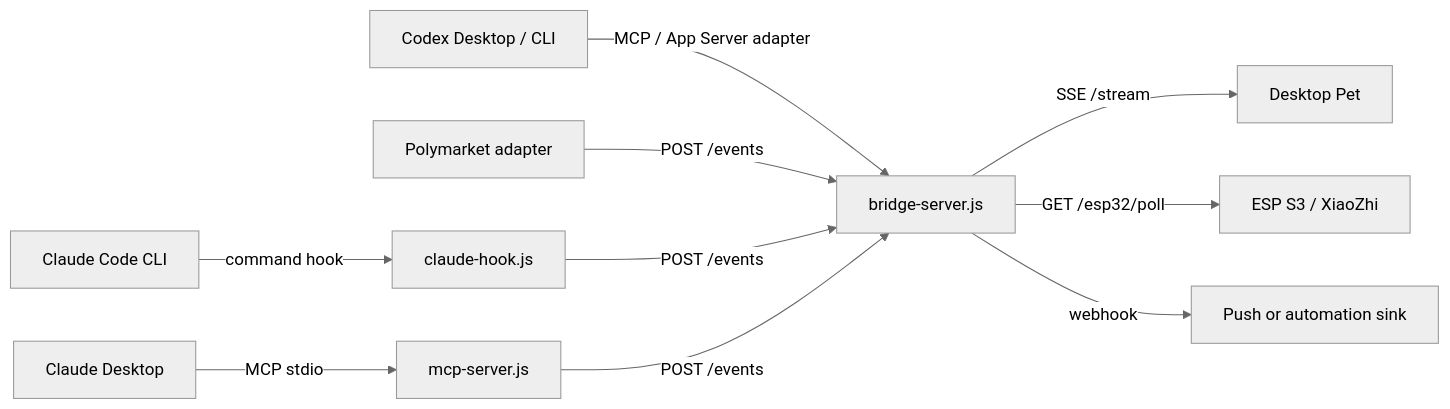
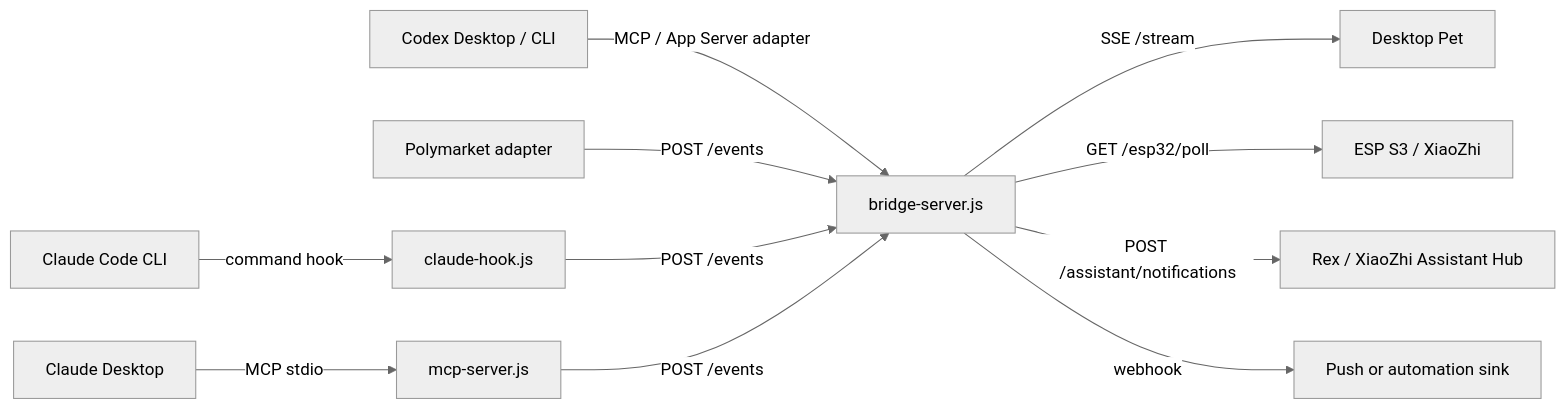
Before and after one commit to vcxzvfe/codex-pet-bridge: the diagram in docs/ARCHITECTURE.md, drawn with Mermaid (neutral theme). The commit also changed other lines of this file and 7 other files, not shown here.

Commit message:
Add XiaoZhi assistant hub sink

````diff
--- a/docs/ARCHITECTURE.md
+++ b/docs/ARCHITECTURE.md
@@ -9,12 +9,13 @@
 ```mermaid
 flowchart LR
   ClaudeCode["Claude Code CLI"] -->|"command hook"| Hook["claude-hook.js"]
   ClaudeDesktop["Claude Desktop"] -->|"MCP stdio"| MCP["mcp-server.js"]
   Codex["Codex Desktop / CLI"] -->|"MCP / App Server adapter"| Bridge["bridge-server.js"]
   Polymarket["Polymarket adapter"] -->|"POST /events"| Bridge
   Hook -->|"POST /events"| Bridge
   MCP -->|"POST /events"| Bridge
   Bridge -->|"SSE /stream"| Pet["Desktop Pet"]
   Bridge -->|"GET /esp32/poll"| ESP["ESP S3 / XiaoZhi"]
+  Bridge -->|"POST /assistant/notifications"| Rex["Rex / XiaoZhi Assistant Hub"]
   Bridge -->|"webhook"| Push["Push or automation sink"]
 ```
````
